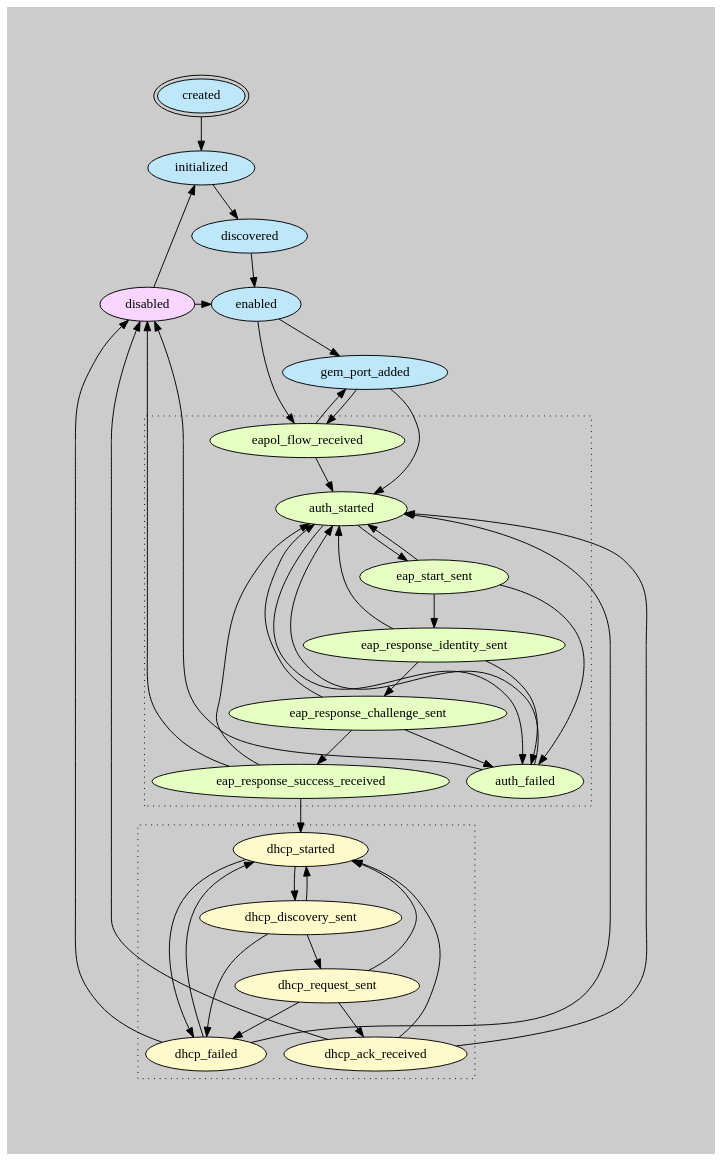
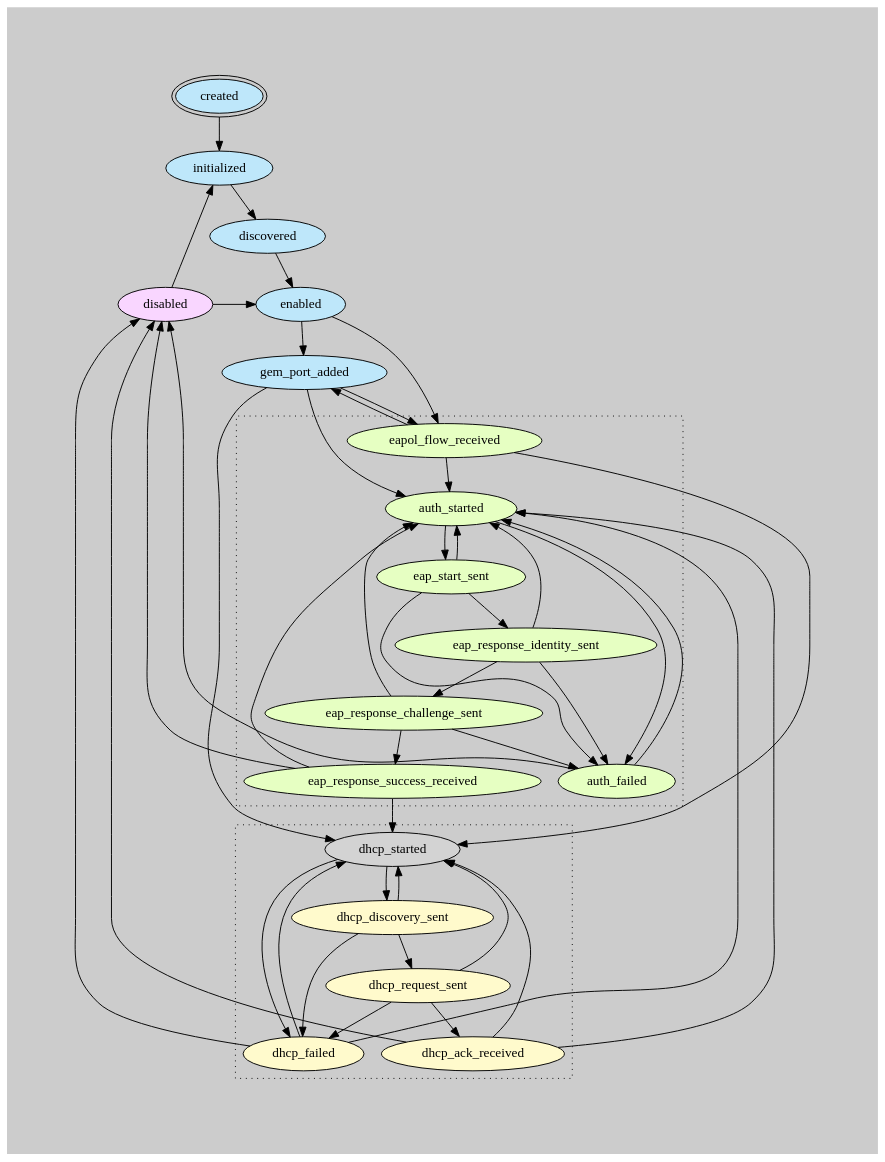
One commit to opencord/bbsim changed the diagram in docs/source/onu-state-machine.rst. Above: the diagram before and after it, drawn with Graphviz. The commit also changed other lines of this file and 1 other file, not shown here.

Commit message:
[SEBA-918] Allowing DHCP without completing eapol
For DT and TT workflow is required that DHCP is triggered without doing
anything for EAPOL. If you start BBSim with only the "-dhcp" option that
is now possible.

```diff
--- a/docs/source/onu-state-machine.rst
+++ b/docs/source/onu-state-machine.rst
@@ -204,6 +204,9 @@
             auth_failed -> auth_started
         }
 
+        eapol_flow_received -> dhcp_started
+        gem_port_added -> dhcp_started
+
         subgraph cluster_dhcp {
             node [fillcolor="#fffacc"]
             style=rounded
```
